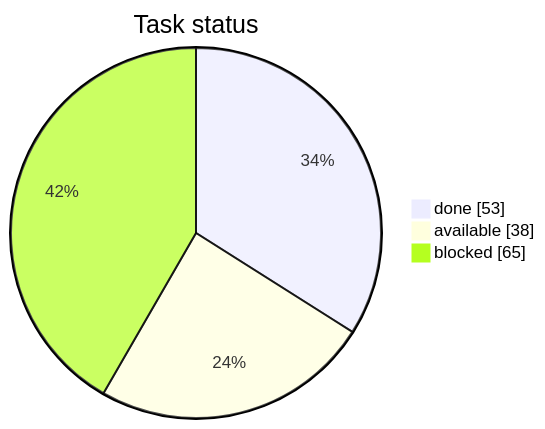
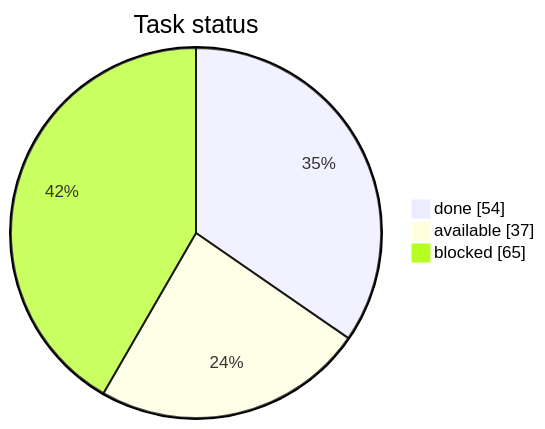
One commit to artemiiShabanov/RallyRivals changed the first of 3 diagrams in STATUS.md. Above: the diagram before and after it, drawn with Mermaid. The commit also changed other lines of this file and 1 other file, not shown here.

First line of the commit message:
art-shader-vhs done: driving tape look approved at 75%

````diff
--- a/STATUS.md
+++ b/STATUS.md
@@ -7,7 +7,7 @@
 ```mermaid
 pie showData
     title Task status
-    "done" : 53
-    "available" : 38
+    "done" : 54
+    "available" : 37
     "blocked" : 65
 ```
````
